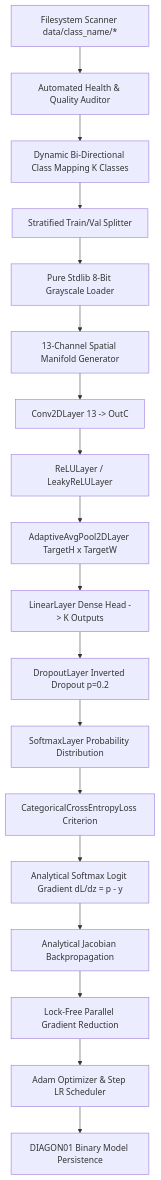
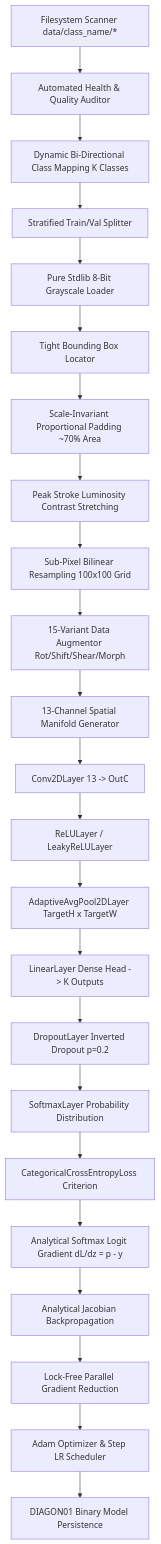
Before and after one commit to itznan/diagonalnet: the diagram in README.md, drawn with Mermaid. The commit also changed other lines of this file and 5 other files, not shown here.

Commit message:
Implement bounding box normalization, bilinear resampling, contrast stretching, morphology, and 15x data augmentor

````diff
--- a/README.md
+++ b/README.md
@@ -75,20 +80,25 @@
 ```mermaid
 flowchart TD
     A[Filesystem Scanner data/class_name/*] --> B[Automated Health & Quality Auditor]
     B --> C[Dynamic Bi-Directional Class Mapping K Classes]
     C --> D[Stratified Train/Val Splitter]
     D --> E[Pure Stdlib 8-Bit Grayscale Loader]
-    E --> F[13-Channel Spatial Manifold Generator]
-    F --> G[Conv2DLayer 13 -> OutC]
-    G --> H[ReLULayer / LeakyReLULayer]
-    H --> I[AdaptiveAvgPool2DLayer TargetH x TargetW]
-    I --> J[LinearLayer Dense Head -> K Outputs]
-    J --> K[DropoutLayer Inverted Dropout p=0.2]
-    K --> L[SoftmaxLayer Probability Distribution]
-    L --> M[CategoricalCrossEntropyLoss Criterion]
-    M --> N[Analytical Softmax Logit Gradient dL/dz = p - y]
-    N --> O[Analytical Jacobian Backpropagation]
-    O --> P[Lock-Free Parallel Gradient Reduction]
-    P --> Q[Adam Optimizer & Step LR Scheduler]
-    Q --> R[DIAGON01 Binary Model Persistence]
+    E --> F[Tight Bounding Box Locator]
+    F --> G[Scale-Invariant Proportional Padding ~70% Area]
+    G --> H[Peak Stroke Luminosity Contrast Stretching]
+    H --> I[Sub-Pixel Bilinear Resampling 100x100 Grid]
+    I --> J[15-Variant Data Augmentor Rot/Shift/Shear/Morph]
+    J --> K[13-Channel Spatial Manifold Generator]
+    K --> L[Conv2DLayer 13 -> OutC]
+    L --> M[ReLULayer / LeakyReLULayer]
+    M --> N[AdaptiveAvgPool2DLayer TargetH x TargetW]
+    N --> O[LinearLayer Dense Head -> K Outputs]
+    O --> P[DropoutLayer Inverted Dropout p=0.2]
+    P --> Q[SoftmaxLayer Probability Distribution]
+    Q --> R[CategoricalCrossEntropyLoss Criterion]
+    R --> S[Analytical Softmax Logit Gradient dL/dz = p - y]
+    S --> T[Analytical Jacobian Backpropagation]
+    T --> U[Lock-Free Parallel Gradient Reduction]
+    U --> V[Adam Optimizer & Step LR Scheduler]
+    V --> W[DIAGON01 Binary Model Persistence]
 ```
````
